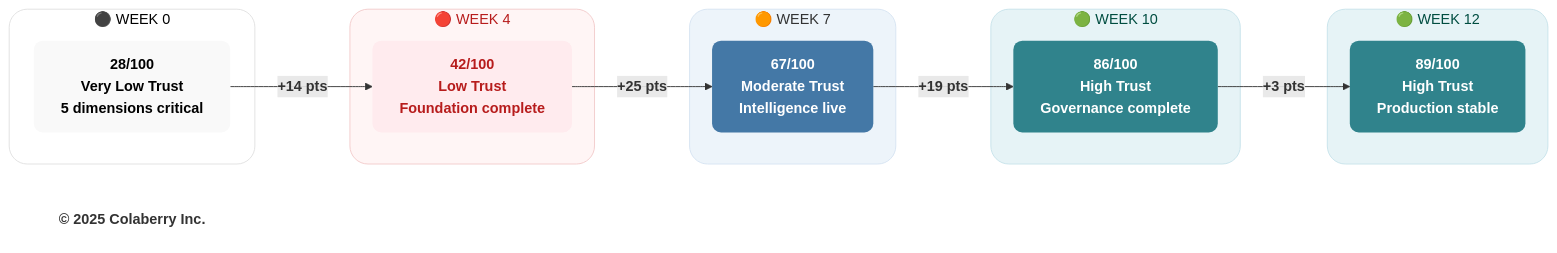
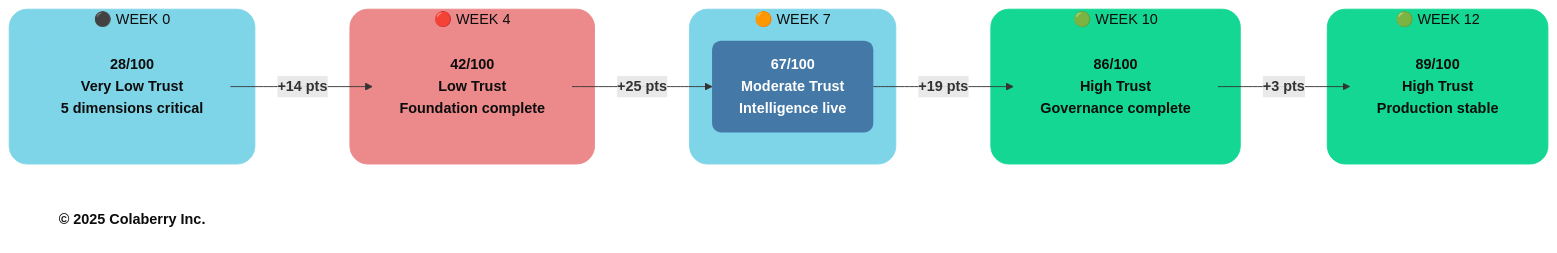
One commit to saitejesh-cyber/trust-before-intelligence-book changed the diagram in mermaid-source/figure-9-5.mmd. Above: the diagram before and after it, drawn with Mermaid. The commit also changed 212 other files, not shown here.

Commit message:
Apply semantic Colaberry palette across all diagram sources and PNGs

```diff
--- a/mermaid-source/figure-9-5.mmd
+++ b/mermaid-source/figure-9-5.mmd
@@ -1,36 +1,36 @@
 graph LR
     subgraph WEEK0["⚫ WEEK 0"]
         W0["<b>28/100</b><br/><b>Very Low Trust</b><br/><b>5 dimensions critical</b>"]
     end
     
     subgraph WEEK4["🔴 WEEK 4"]
         W4["<b>42/100</b><br/><b>Low Trust</b><br/><b>Foundation complete</b>"]
     end
     
     subgraph WEEK7["🟠 WEEK 7"]
         W7["<b>67/100</b><br/><b>Moderate Trust</b><br/><b>Intelligence live</b>"]
     end
     
     subgraph WEEK10["🟢 WEEK 10"]
         W10["<b>86/100</b><br/><b>High Trust</b><br/><b>Governance complete</b>"]
     end
     
     subgraph WEEK12["🟢 WEEK 12"]
         W12["<b>89/100</b><br/><b>High Trust</b><br/><b>Production stable</b>"]
     end
     
     W0 -->|<b>+14 pts</b>| W4 -->|<b>+25 pts</b>| W7 -->|<b>+19 pts</b>| W10 -->|<b>+3 pts</b>| W12
     
     Copyright["<b>© 2025 Colaberry Inc.</b>"]
     
-    style WEEK0 fill:#ffffff,stroke:#e0e0e0,stroke-width:1px,color:#000000,rx:20,ry:20
-    style WEEK4 fill:#fff5f5,stroke:#f2caca,stroke-width:1px,color:#b71c1c,rx:20,ry:20
-    style WEEK7 fill:#edf4fa,stroke:#d6e4f2,stroke-width:1px,color:#333333,rx:20,ry:20
-    style WEEK10 fill:#e6f3f6,stroke:#c7e3ea,stroke-width:1px,color:#004d40,rx:20,ry:20
-    style WEEK12 fill:#e6f3f6,stroke:#c7e3ea,stroke-width:1px,color:#004d40,rx:20,ry:20
-    style W0 fill:#f9f9f9,stroke:none,color:#000000,rx:10,ry:10
-    style W4 fill:#ffebee,stroke:none,color:#b71c1c,rx:10,ry:10
+    style WEEK0 fill:#7FD5E8,stroke:#7FD5E8,stroke-width:1px,color:#0D0D0D,rx:20,ry:20
+    style WEEK4 fill:#EB898B,stroke:#EB898B,stroke-width:1px,color:#0D0D0D,rx:20,ry:20
+    style WEEK7 fill:#7FD5E8,stroke:#7FD5E8,stroke-width:1px,color:#0D0D0D,rx:20,ry:20
+    style WEEK10 fill:#14D793,stroke:#14D793,stroke-width:1px,color:#0D0D0D,rx:20,ry:20
+    style WEEK12 fill:#14D793,stroke:#14D793,stroke-width:1px,color:#0D0D0D,rx:20,ry:20
+    style W0 fill:#7FD5E8,stroke:none,color:#0D0D0D,rx:10,ry:10
+    style W4 fill:#EB898B,stroke:none,color:#0D0D0D,rx:10,ry:10
     style W7 fill:#4478A6,stroke:none,color:#ffffff,rx:10,ry:10
-    style W10 fill:#30838C,stroke:none,color:#ffffff,rx:10,ry:10
-    style W12 fill:#30838C,stroke:none,color:#ffffff,rx:10,ry:10
-    style Copyright fill:none,stroke:none,color:#333333
+    style W10 fill:#14D793,stroke:none,color:#0D0D0D,rx:10,ry:10
+    style W12 fill:#14D793,stroke:none,color:#0D0D0D,rx:10,ry:10
+    style Copyright fill:none,stroke:none,color:#0D0D0D
```
